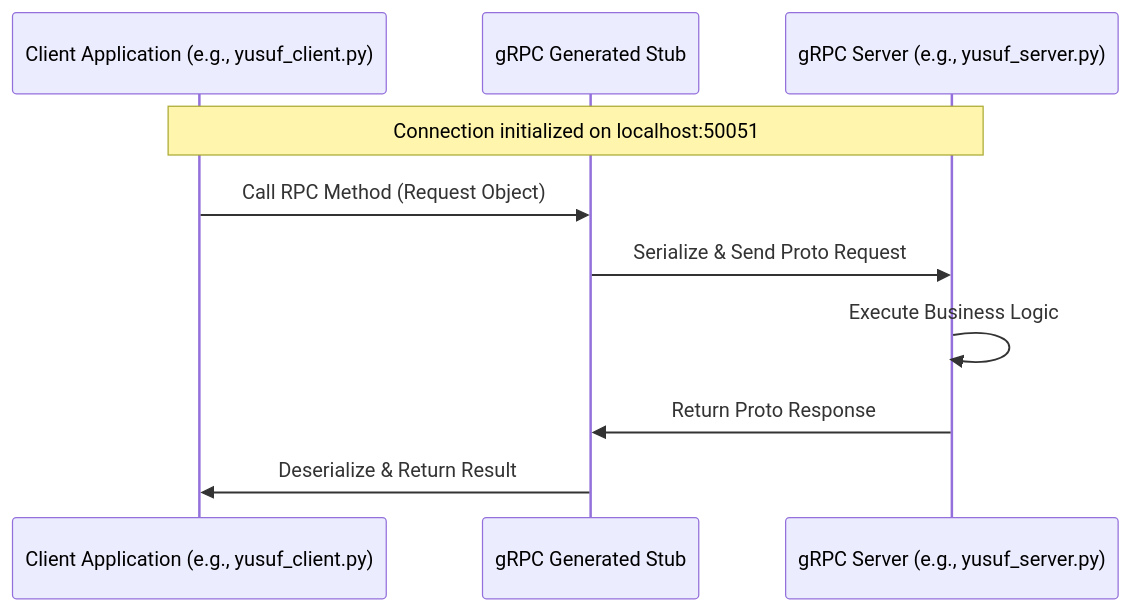
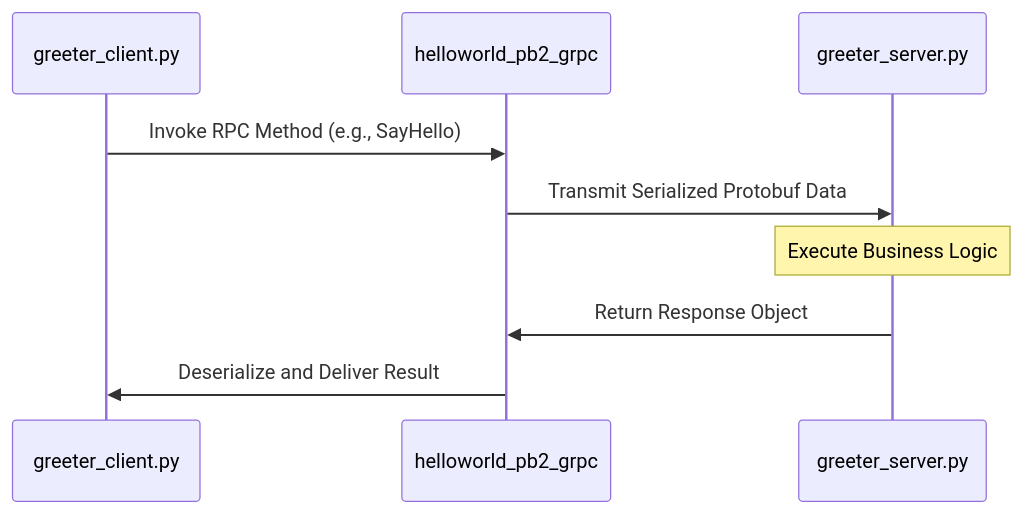
The second of 2 diagrams in README_ARCH.md (YusuffBulbul/GRPC_calisma), drawn with Mermaid before and after one commit. The commit also changed other lines of this file, not shown here.

````diff
--- a/README_ARCH.md
+++ b/README_ARCH.md
@@ -71,14 +57,13 @@
 ```mermaid
 sequenceDiagram
-    participant Client as Client Application (e.g., yusuf_client.py)
-    participant Stub as gRPC Generated Stub
-    participant Server as gRPC Server (e.g., yusuf_server.py)
+    participant C as greeter_client.py
+    participant G as helloworld_pb2_grpc
+    participant S as greeter_server.py
 
-    Note over Client, Server: Connection initialized on localhost:50051
-    Client->>Stub: Call RPC Method (Request Object)
-    Stub->>Server: Serialize & Send Proto Request
-    Server->>Server: Execute Business Logic
-    Server->>Stub: Return Proto Response
-    Stub->>Client: Deserialize & Return Result
+    C->>G: Invoke RPC Method (e.g., SayHello)
+    G->>S: Transmit Serialized Protobuf Data
+    Note over S: Execute Business Logic
+    S->>G: Return Response Object
+    G->>C: Deserialize and Deliver Result
 
 ```
````
